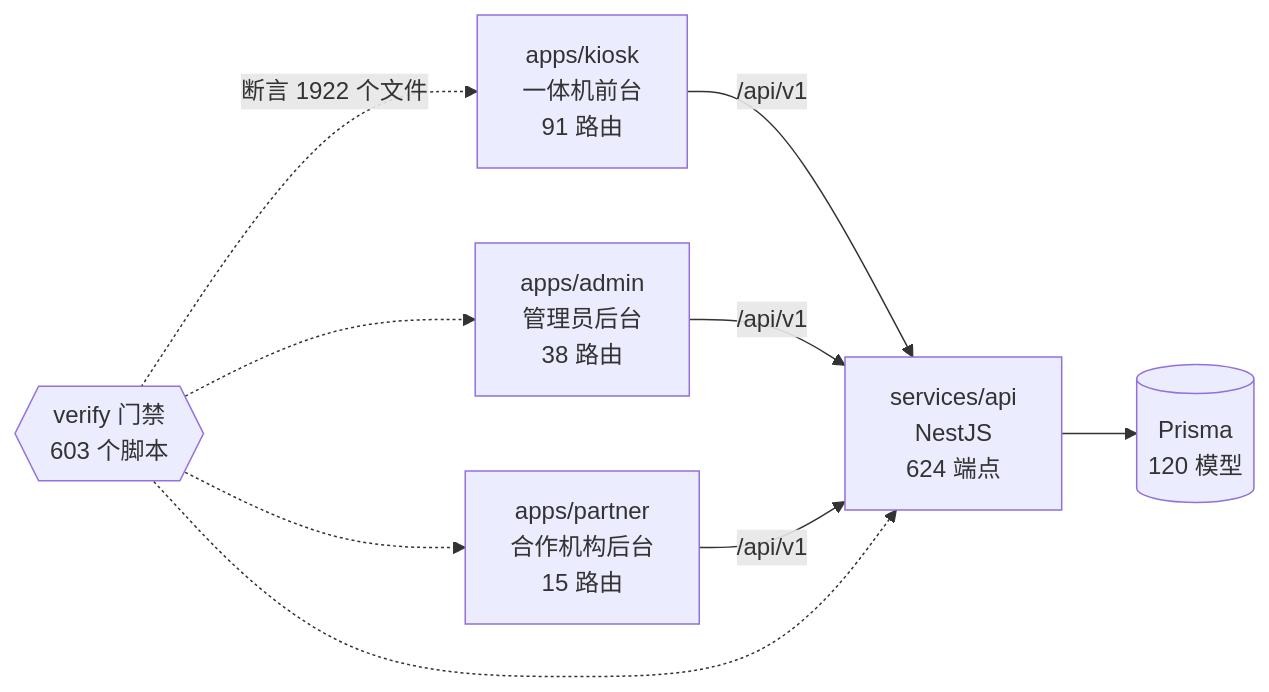
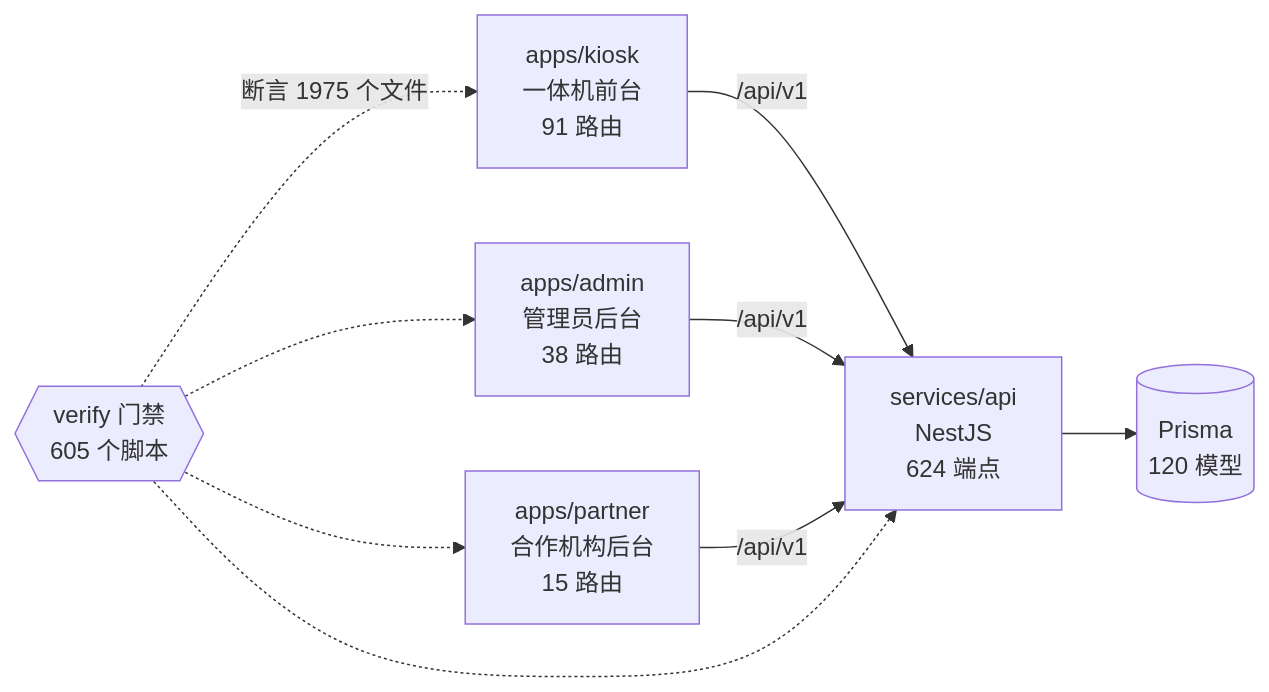
Before and after one commit to wanglei581/YITIJI: the diagram in docs/graph/README.md, drawn with Mermaid. The commit also changed other lines of this file and 1 other file, not shown here.

Commit message:
docs(graph): 并 main 后重出图谱

````diff
--- a/docs/graph/README.md
+++ b/docs/graph/README.md
@@ -68,18 +68,18 @@
 ```mermaid
 flowchart LR
   kiosk["apps/kiosk<br/>一体机前台<br/>91 路由"]
   admin["apps/admin<br/>管理员后台<br/>38 路由"]
   partner["apps/partner<br/>合作机构后台<br/>15 路由"]
   api["services/api<br/>NestJS<br/>624 端点"]
   db[("Prisma<br/>120 模型")]
-  gates{{"verify 门禁<br/>603 个脚本"}}
+  gates{{"verify 门禁<br/>605 个脚本"}}
 
   kiosk -->|"/api/v1"| api
   admin -->|"/api/v1"| api
   partner -->|"/api/v1"| api
   api --> db
-  gates -.->|"断言 1922 个文件"| kiosk
+  gates -.->|"断言 1975 个文件"| kiosk
   gates -.-> admin
   gates -.-> partner
   gates -.-> api
 ```
````
